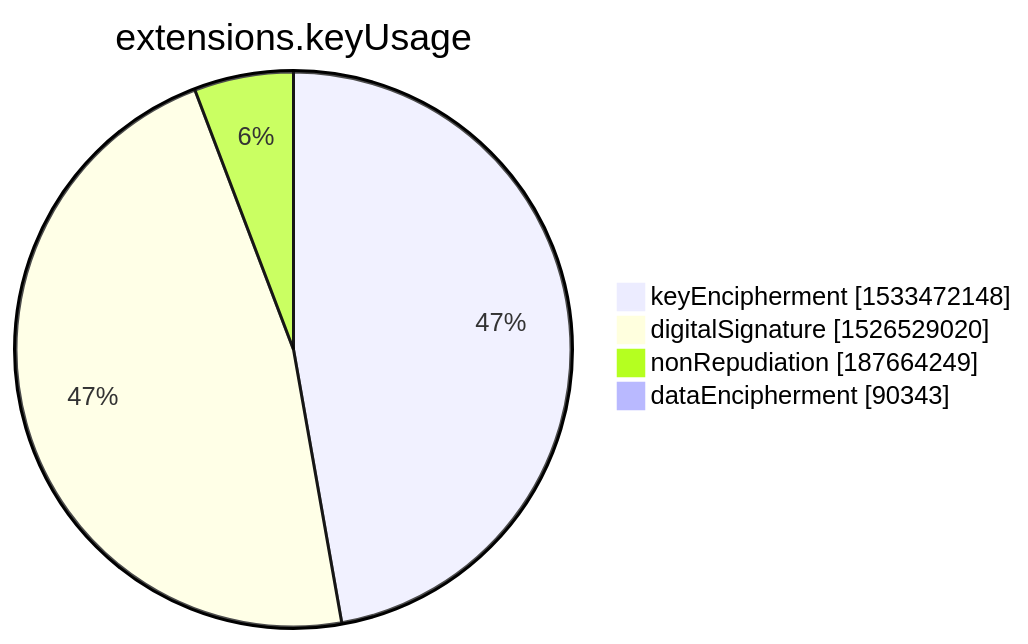
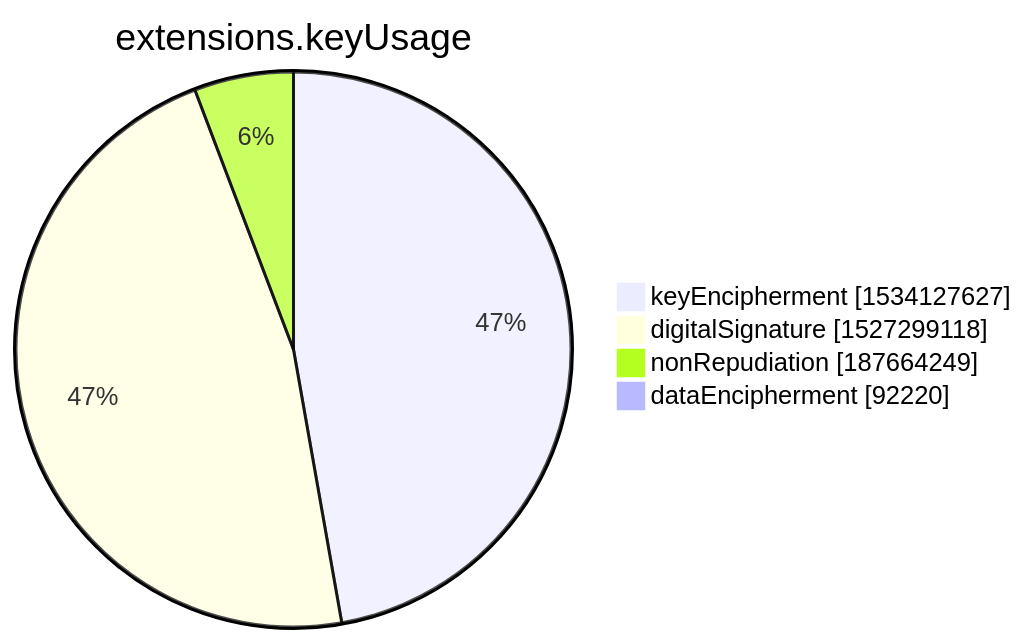
Before and after one commit to christiankrug/ctmonitor_visualization: the seventh of 15 diagrams in xenon2022/README.md, drawn with Mermaid. The commit also changed other lines of this file, not shown here.

````diff
--- a/xenon2022/README.md
+++ b/xenon2022/README.md
@@ -2849,8 +2849,8 @@
 ```mermaid
 pie showData
 title extensions.keyUsage
-"keyEncipherment" :1533472148
-"digitalSignature" :1526529020
+"keyEncipherment" :1534127627
+"digitalSignature" :1527299118
 "nonRepudiation" :187664249
-"dataEncipherment" :90343
+"dataEncipherment" :92220
 ```
````
